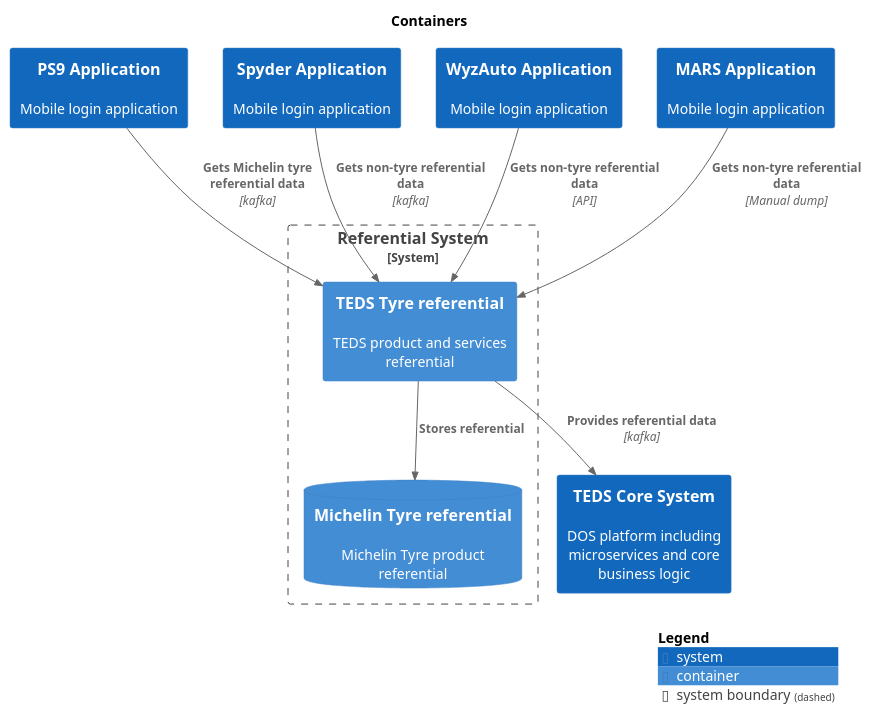
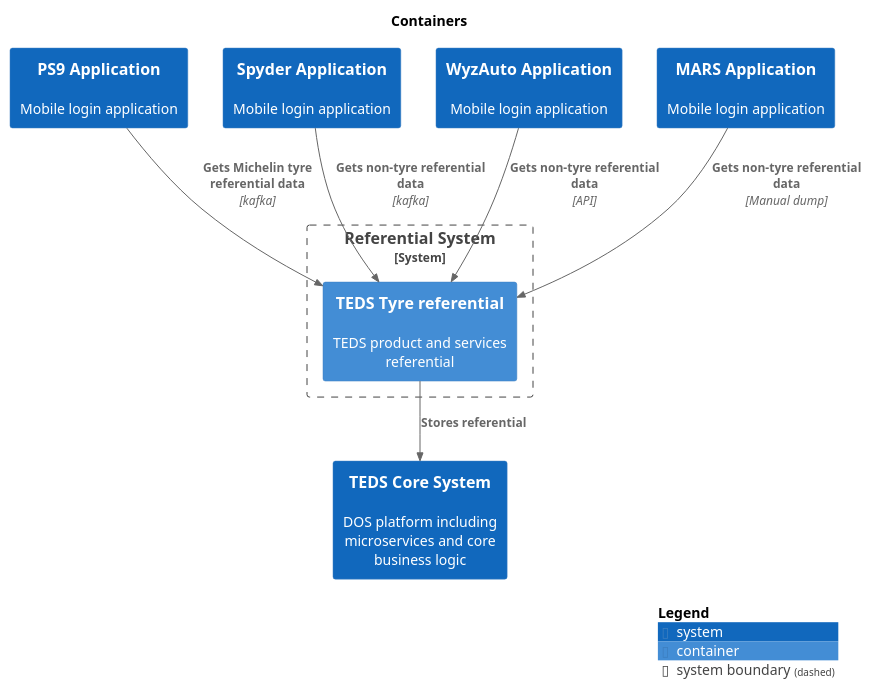
The diagram in main/puml/Level2_referential_Containers.puml (kzsahay/teds), drawn with PlantUML before and after one commit. The commit also changed 193 other files, not shown here.

```diff
--- a/main/puml/Level2_referential_Containers.puml
+++ b/main/puml/Level2_referential_Containers.puml
@@ -1,30 +1,28 @@
 @startuml
 set separator none
 title Containers
 
 top to bottom direction
 
 !include <C4/C4>
 !include <C4/C4_Context>
 !include <C4/C4_Container>
 
 System(TEDSCoreSystem, "TEDS Core System", $descr="DOS platform including microservices and core business logic", $tags="", $link="")
 System(PS9Application, "PS9 Application", $descr="Mobile login application", $tags="", $link="")
 System(SpyderApplication, "Spyder Application", $descr="Mobile login application", $tags="", $link="")
 System(WyzAutoApplication, "WyzAuto Application", $descr="Mobile login application", $tags="", $link="")
 System(MARSApplication, "MARS Application", $descr="Mobile login application", $tags="", $link="")
 
 System_Boundary("ReferentialSystem_boundary", "Referential System", $tags="") {
   Container(ReferentialSystem.TEDSTyrereferential, "TEDS Tyre referential", $techn="", $descr="TEDS product and services referential", $tags="", $link="")
-  ContainerDb(ReferentialSystem.MichelinTyrereferential, "Michelin Tyre referential", $techn="", $descr="Michelin Tyre product referential", $tags="", $link="")
 }
 
-Rel(SpyderApplication, ReferentialSystem.TEDSTyrereferential, "Gets non-tyre referential data", $techn="kafka", $tags="", $link="")
 Rel(WyzAutoApplication, ReferentialSystem.TEDSTyrereferential, "Gets non-tyre referential data", $techn="API", $tags="", $link="")
 Rel(MARSApplication, ReferentialSystem.TEDSTyrereferential, "Gets non-tyre referential data", $techn="Manual dump", $tags="", $link="")
-Rel(ReferentialSystem.TEDSTyrereferential, ReferentialSystem.MichelinTyrereferential, "Stores referential", $techn="", $tags="", $link="")
-Rel(ReferentialSystem.TEDSTyrereferential, TEDSCoreSystem, "Provides referential data", $techn="kafka", $tags="", $link="")
+Rel(ReferentialSystem.TEDSTyrereferential, TEDSCoreSystem, "Stores referential", $techn="", $tags="", $link="")
 Rel(PS9Application, ReferentialSystem.TEDSTyrereferential, "Gets Michelin tyre referential data", $techn="kafka", $tags="", $link="")
+Rel(SpyderApplication, ReferentialSystem.TEDSTyrereferential, "Gets non-tyre referential data", $techn="kafka", $tags="", $link="")
 
 SHOW_LEGEND(true)
 @enduml
```
